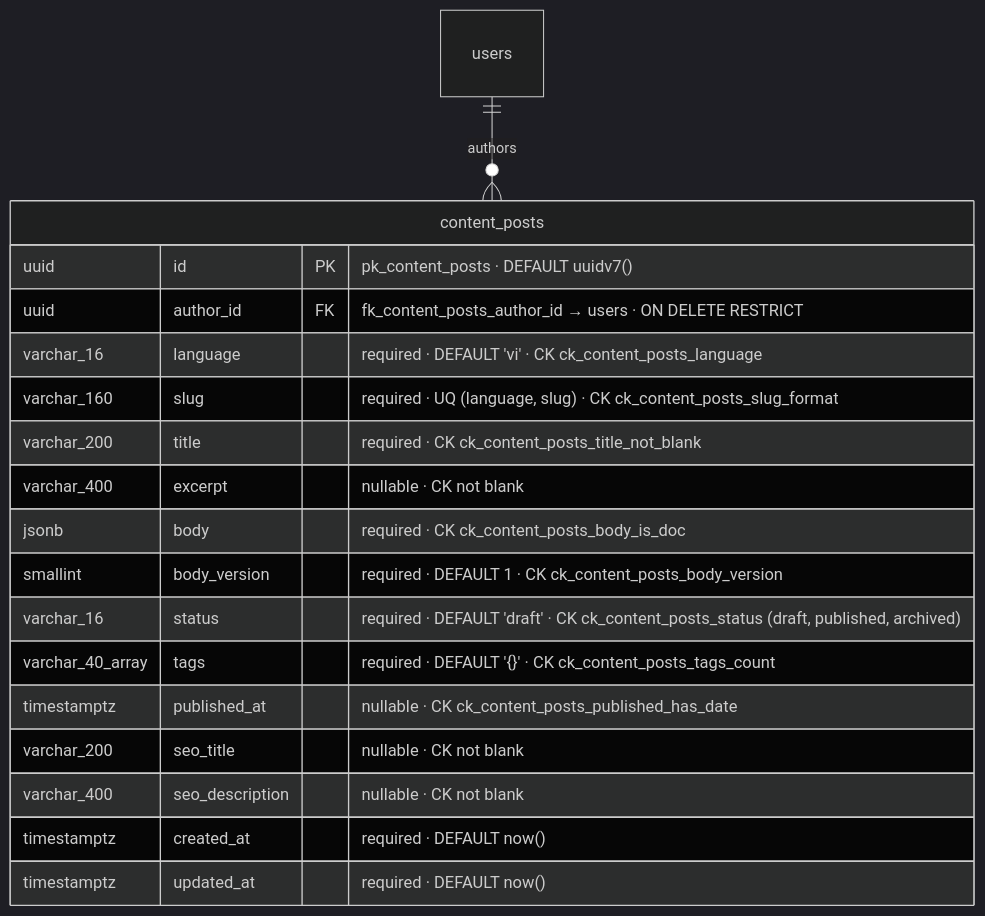
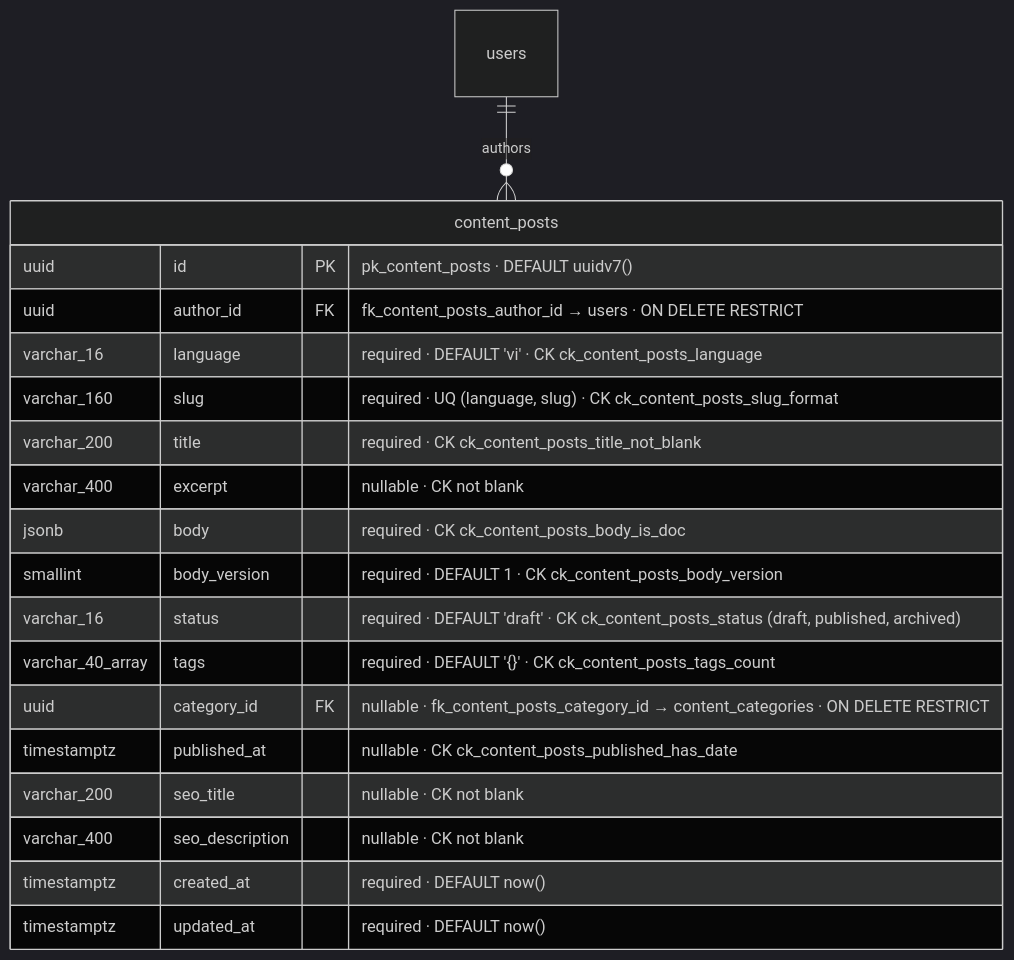
One commit to kienquocnguyen/xuan-api changed the third of 7 diagrams in docs/database.md. Above: the diagram before and after it, drawn with Mermaid (dark theme). The commit also changed other lines of this file and 5 other files, not shown here.

Commit message:
feat(content): add post categories with Vietnamese translations

````diff
--- a/docs/database.md
+++ b/docs/database.md
@@ -364,21 +365,22 @@
 ```mermaid
 erDiagram
     users ||--o{ content_posts : "authors"
     content_posts {
         uuid id PK "pk_content_posts · DEFAULT uuidv7()"
         uuid author_id FK "fk_content_posts_author_id → users · ON DELETE RESTRICT"
         varchar_16 language "required · DEFAULT 'vi' · CK ck_content_posts_language"
         varchar_160 slug "required · UQ (language, slug) · CK ck_content_posts_slug_format"
         varchar_200 title "required · CK ck_content_posts_title_not_blank"
         varchar_400 excerpt "nullable · CK not blank"
         jsonb body "required · CK ck_content_posts_body_is_doc"
         smallint body_version "required · DEFAULT 1 · CK ck_content_posts_body_version"
         varchar_16 status "required · DEFAULT 'draft' · CK ck_content_posts_status (draft, published, archived)"
         varchar_40_array tags "required · DEFAULT '{}' · CK ck_content_posts_tags_count"
+        uuid category_id FK "nullable · fk_content_posts_category_id → content_categories · ON DELETE RESTRICT"
         timestamptz published_at "nullable · CK ck_content_posts_published_has_date"
         varchar_200 seo_title "nullable · CK not blank"
         varchar_400 seo_description "nullable · CK not blank"
         timestamptz created_at "required · DEFAULT now()"
         timestamptz updated_at "required · DEFAULT now()"
     }
 ```
````
